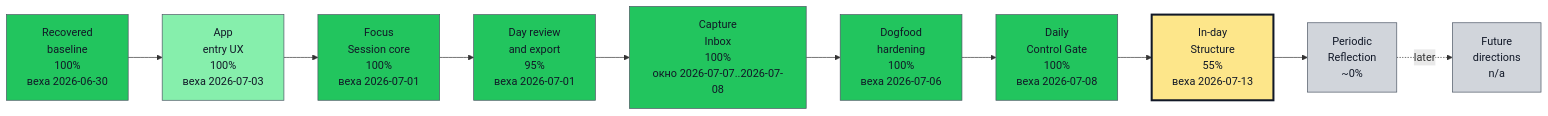
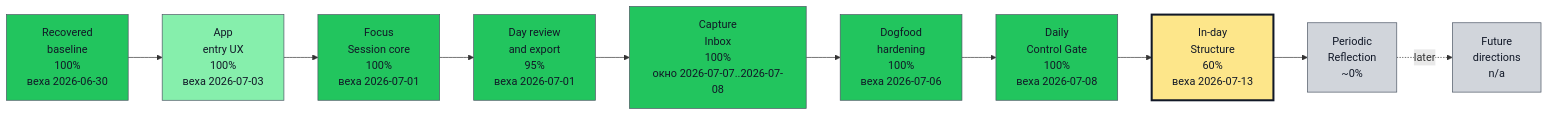
Before and after one commit to asukhodko/timeskein: the first of 2 diagrams in docs/roadmap/opskarta.md, drawn with Mermaid. The commit also changed other lines of this file and 17 other files, not shown here.

````diff
--- a/docs/roadmap/opskarta.md
+++ b/docs/roadmap/opskarta.md
@@ -58,44 +58,44 @@
 ```mermaid
 flowchart LR
 
     classDef exec_done fill:#22c55e,stroke:#4b5563,color:#111827,stroke-width:1px
     classDef exec_in_progress fill:#0ea5e9,stroke:#4b5563,color:#111827,stroke-width:1px
     classDef exec_blocked fill:#fecaca,stroke:#4b5563,color:#111827,stroke-width:1px
     classDef exec_not_started fill:#9ca3af,stroke:#4b5563,color:#111827,stroke-width:1px
     classDef exec_mgmt_green fill:#86efac,stroke:#4b5563,color:#111827,stroke-width:1px
     classDef exec_mgmt_yellow fill:#fde68a,stroke:#4b5563,color:#111827,stroke-width:1px
     classDef exec_mgmt_red fill:#fca5a5,stroke:#4b5563,color:#111827,stroke-width:1px
     classDef exec_mgmt_neutral fill:#d1d5db,stroke:#4b5563,color:#111827,stroke-width:1px
 
     recovered_baseline["Recovered<br/>baseline<br/>100%<br/>веха 2026-06-30"]
     class recovered_baseline exec_done
     app_entry_ux["App<br/>entry UX<br/>100%<br/>веха 2026-07-03"]
     class app_entry_ux exec_mgmt_green
     focus_session_core["Focus<br/>Session core<br/>100%<br/>веха 2026-07-01"]
     class focus_session_core exec_done
     day_review_export["Day review<br/>and export<br/>95%<br/>веха 2026-07-01"]
     class day_review_export exec_done
     capture_inbox["Capture<br/>Inbox<br/>100%<br/>окно 2026-07-07..2026-07-08"]
     class capture_inbox exec_done
     dogfood_hardening["Dogfood<br/>hardening<br/>100%<br/>веха 2026-07-06"]
     class dogfood_hardening exec_done
     daily_control_gate["Daily<br/>Control Gate<br/>100%<br/>веха 2026-07-08"]
     class daily_control_gate exec_done
-    in_day_structure["In-day<br/>Structure<br/>55%<br/>веха 2026-07-13"]
+    in_day_structure["In-day<br/>Structure<br/>60%<br/>веха 2026-07-13"]
     class in_day_structure exec_mgmt_yellow
     style in_day_structure stroke:#111827,stroke-width:3px
     periodic_reflection["Periodic<br/>Reflection<br/>~0%"]
     class periodic_reflection exec_mgmt_neutral
     future_directions["Future<br/>directions<br/>n/a"]
     class future_directions exec_mgmt_neutral
 
     recovered_baseline --> app_entry_ux
     app_entry_ux --> focus_session_core
     focus_session_core --> day_review_export
     day_review_export --> capture_inbox
     capture_inbox --> dogfood_hardening
     dogfood_hardening --> daily_control_gate
     daily_control_gate --> in_day_structure
     in_day_structure --> periodic_reflection
     periodic_reflection -. later .-> future_directions
 ```
````
